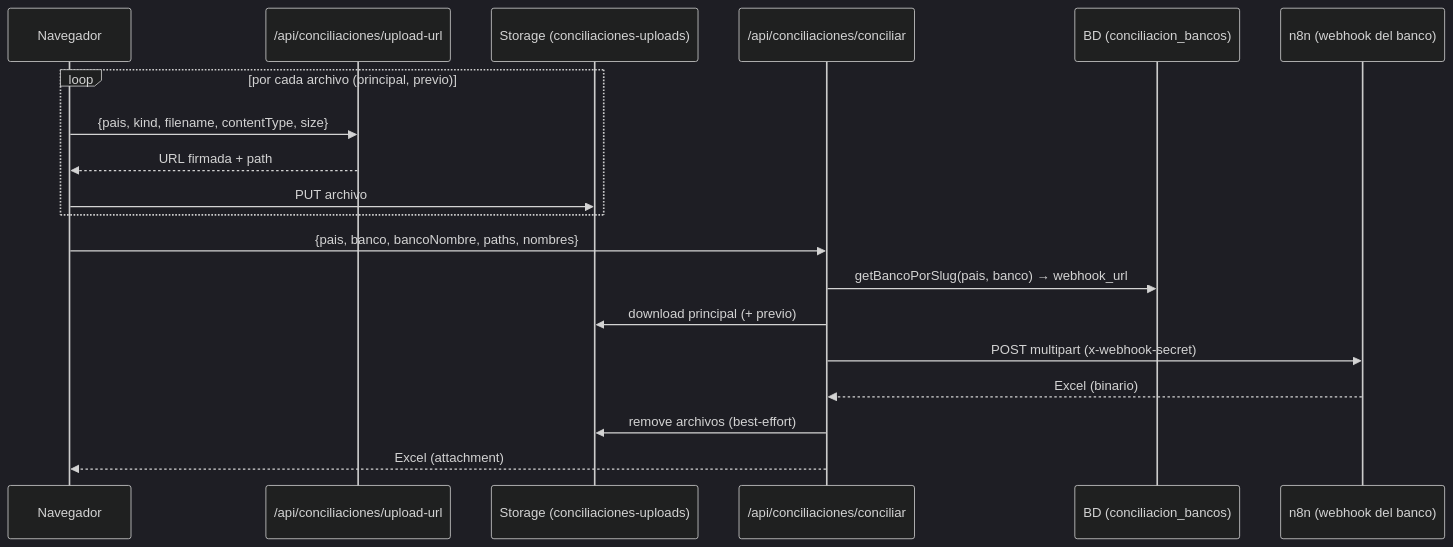
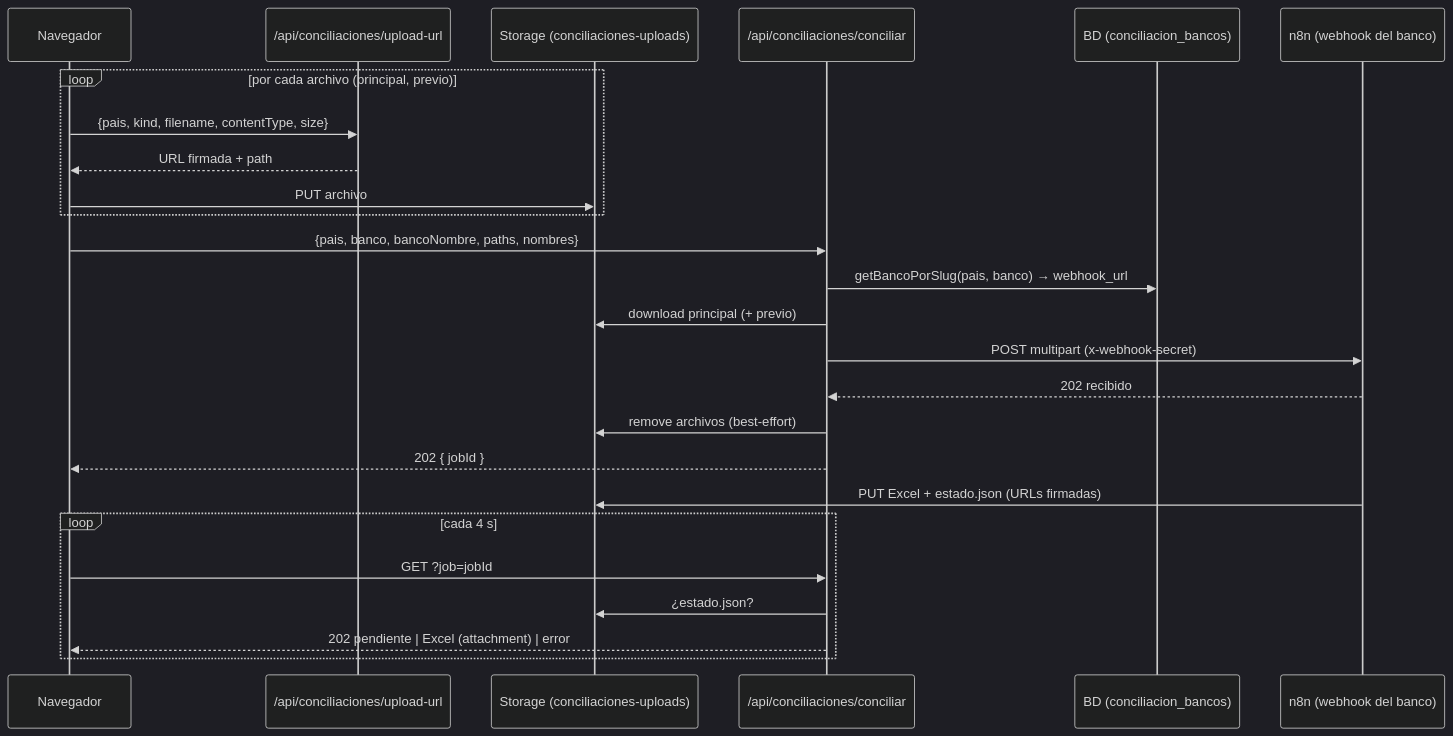
One commit to javier-siigo/toolbox changed the diagram in docs/procesos/02-conciliaciones.md. Above: the diagram before and after it, drawn with Mermaid (dark theme). The commit also changed other lines of this file and 3 other files, not shown here.

````diff
--- a/docs/procesos/02-conciliaciones.md
+++ b/docs/procesos/02-conciliaciones.md
@@ -30,22 +30,28 @@
 ```mermaid
 sequenceDiagram
     participant B as Navegador
     participant U as /api/conciliaciones/upload-url
     participant S as Storage (conciliaciones-uploads)
     participant C as /api/conciliaciones/conciliar
     participant D as BD (conciliacion_bancos)
     participant W as n8n (webhook del banco)
 
     loop por cada archivo (principal, previo)
         B->>U: {pais, kind, filename, contentType, size}
         U-->>B: URL firmada + path
         B->>S: PUT archivo
     end
     B->>C: {pais, banco, bancoNombre, paths, nombres}
     C->>D: getBancoPorSlug(pais, banco) → webhook_url
     C->>S: download principal (+ previo)
     C->>W: POST multipart (x-webhook-secret)
-    W-->>C: Excel (binario)
+    W-->>C: 202 recibido
     C->>S: remove archivos (best-effort)
-    C-->>B: Excel (attachment)
+    C-->>B: 202 { jobId }
+    W->>S: PUT Excel + estado.json (URLs firmadas)
+    loop cada 4 s
+        B->>C: GET ?job=jobId
+        C->>S: ¿estado.json?
+        C-->>B: 202 pendiente | Excel (attachment) | error
+    end
 ```
````
